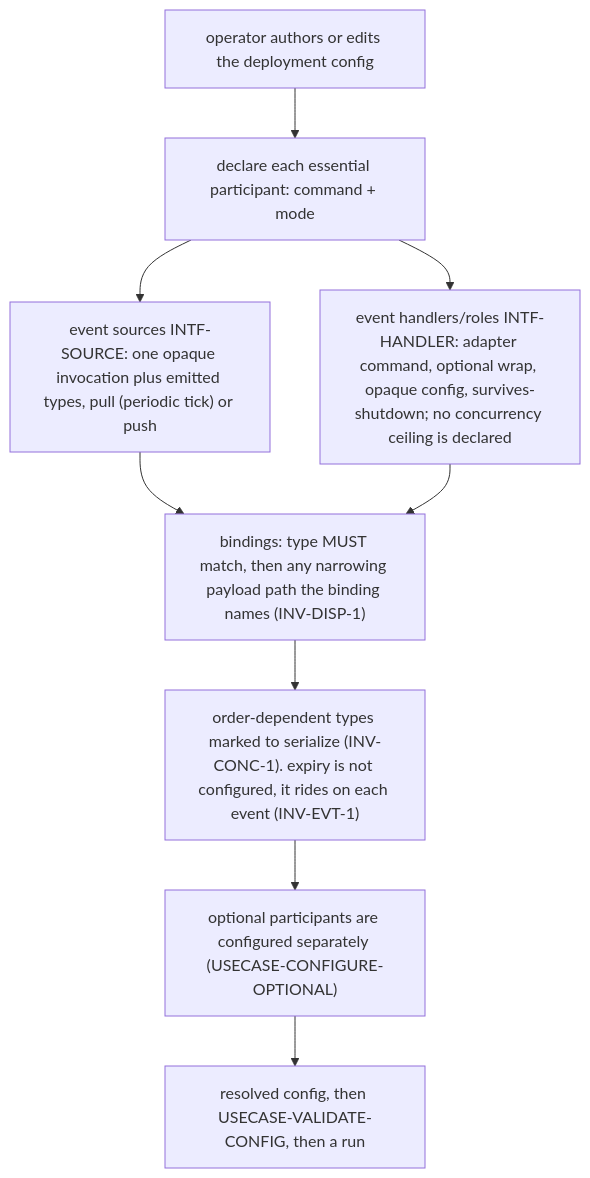
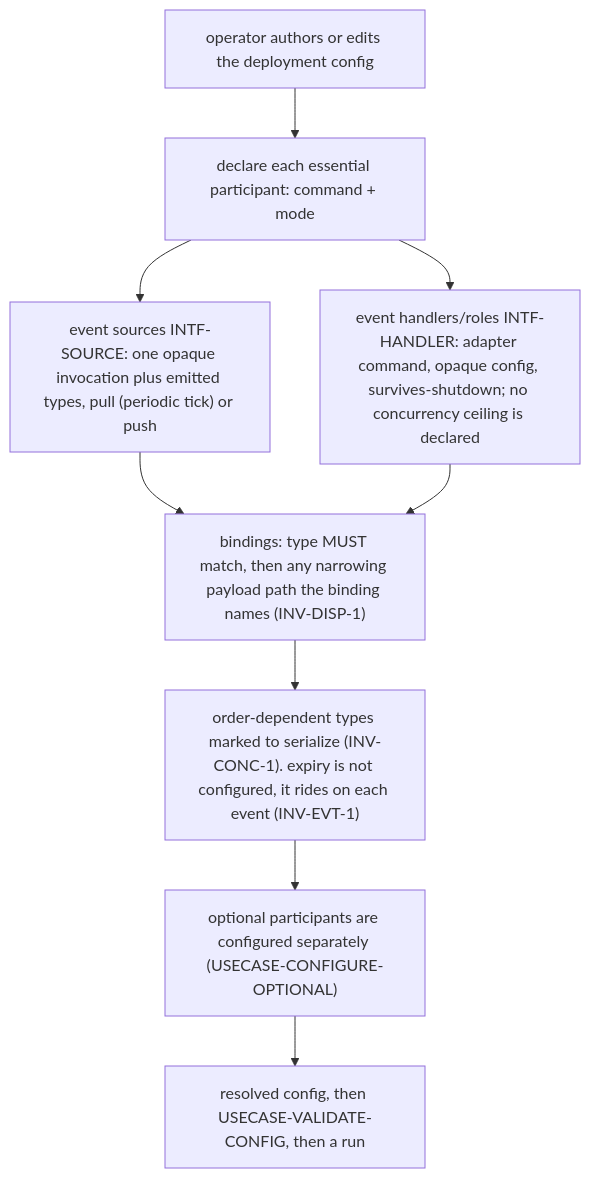
One commit to phillipgreenii/nix-agent-support changed diagram 12 of 19 in packages/pg-router/docs/behavior/journeys.md. Above: the diagram before and after it, drawn with Mermaid. The commit also changed other lines of this file and 9 other files, not shown here.

````diff
--- a/packages/pg-router/docs/behavior/journeys.md
+++ b/packages/pg-router/docs/behavior/journeys.md
@@ -757,11 +767,11 @@
 ```mermaid
 flowchart TD
     start["operator authors or edits the deployment config"] --> parts["declare each essential participant: command + mode"]
     parts --> src["event sources INTF-SOURCE: one opaque invocation plus emitted types, pull (periodic tick) or push"]
-    parts --> hdl["event handlers/roles INTF-HANDLER: adapter command, optional wrap, opaque config, survives-shutdown; no concurrency ceiling is declared"]
+    parts --> hdl["event handlers/roles INTF-HANDLER: adapter command, opaque config, survives-shutdown; no concurrency ceiling is declared"]
     src --> bind["bindings: type MUST match, then any narrowing payload path the binding names (INV-DISP-1)"]
     hdl --> bind
     bind --> ser["order-dependent types marked to serialize (INV-CONC-1). expiry is not configured, it rides on each event (INV-EVT-1)"]
     ser --> opt["optional participants are configured separately (USECASE-CONFIGURE-OPTIONAL)"]
     opt --> out["resolved config, then USECASE-VALIDATE-CONFIG, then a run"]
 ```
````
